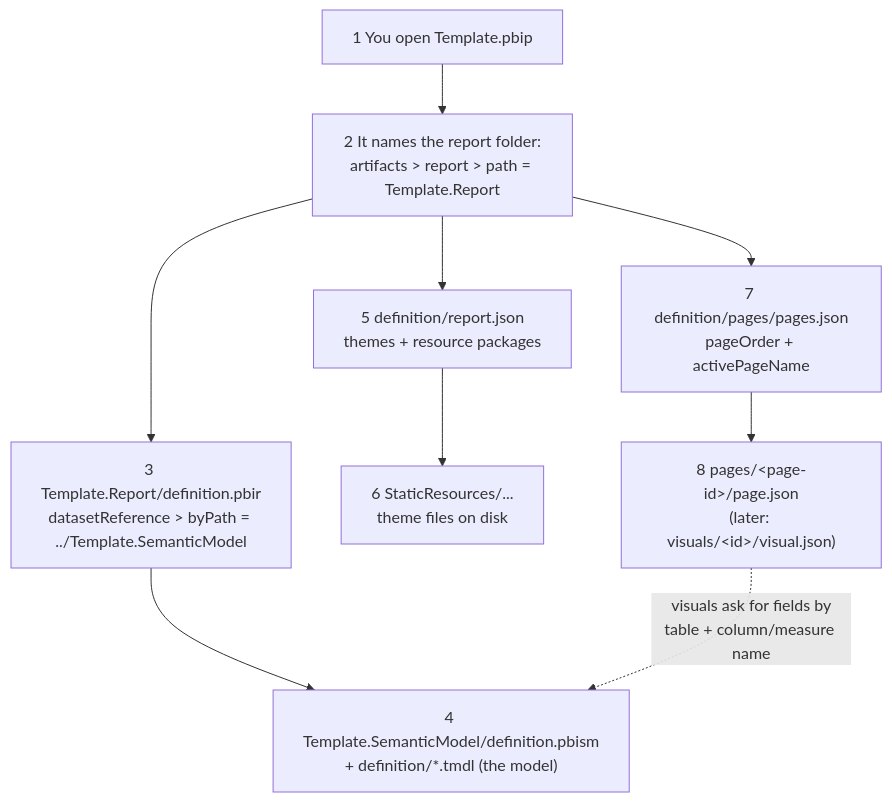
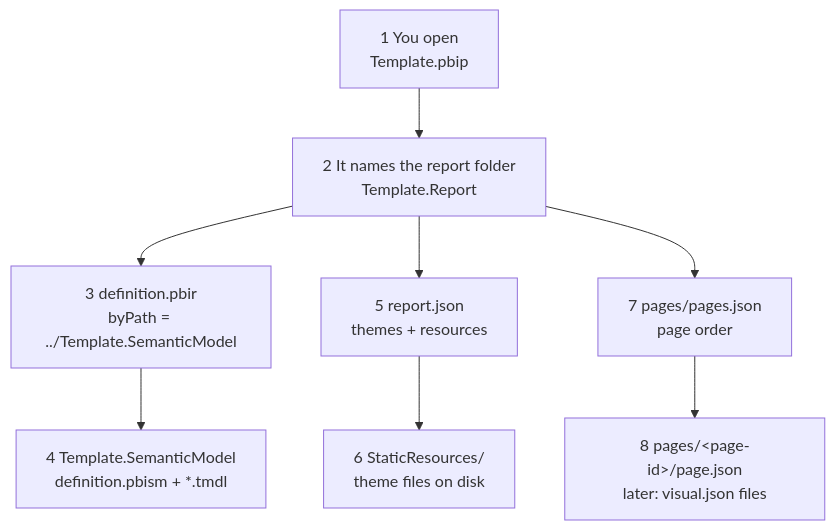
The diagram in guide/images/src/02-4-pointer-chain.mmd (GibbonGambits/PGE-PBIP-Template), drawn with Mermaid before and after one commit. The commit also changed 36 other files, not shown here.

First line of the commit message:
docs(guide): redraw section 00-03 diagrams to one-direction, split large ones

```diff
--- a/guide/images/src/02-4-pointer-chain.mmd
+++ b/guide/images/src/02-4-pointer-chain.mmd
@@ -1,9 +1,16 @@
 flowchart TB
-  A["1 You open Template.pbip"]:::r --> B["2 It names the report folder:<br/>artifacts &gt; report &gt; path = Template.Report"]:::r
-  B --> C["3 Template.Report/definition.pbir<br/>datasetReference &gt; byPath = ../Template.SemanticModel"]:::r
-  C --> D["4 Template.SemanticModel/definition.pbism<br/>+ definition/*.tmdl (the model)"]:::a
-  B --> E["5 definition/report.json<br/>themes + resource packages"]:::a
-  E --> F["6 StaticResources/...<br/>theme files on disk"]:::a
-  B --> G["7 definition/pages/pages.json<br/>pageOrder + activePageName"]:::a
-  G --> H["8 pages/&lt;page-id&gt;/page.json<br/>(later: visuals/&lt;id&gt;/visual.json)"]:::a
-  H -. "visuals ask for fields by<br/>table + column/measure name" .-> D
+  A["1 You open<br/>Template.pbip"]:::r
+  B["2 It names the report folder<br/>Template.Report"]:::r
+  C["3 definition.pbir<br/>byPath = ../Template.SemanticModel"]:::r
+  E["5 report.json<br/>themes + resources"]:::a
+  G["7 pages/pages.json<br/>page order"]:::a
+  D["4 Template.SemanticModel<br/>definition.pbism + *.tmdl"]:::a
+  F["6 StaticResources/<br/>theme files on disk"]:::a
+  H["8 pages/&lt;page-id&gt;/page.json<br/>later: visual.json files"]:::a
+  A --> B
+  B --> C
+  B --> E
+  B --> G
+  C --> D
+  E --> F
+  G --> H
```
